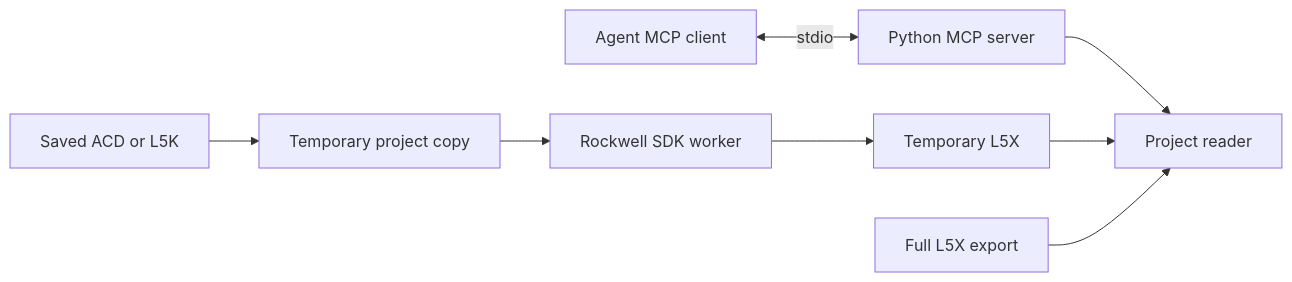
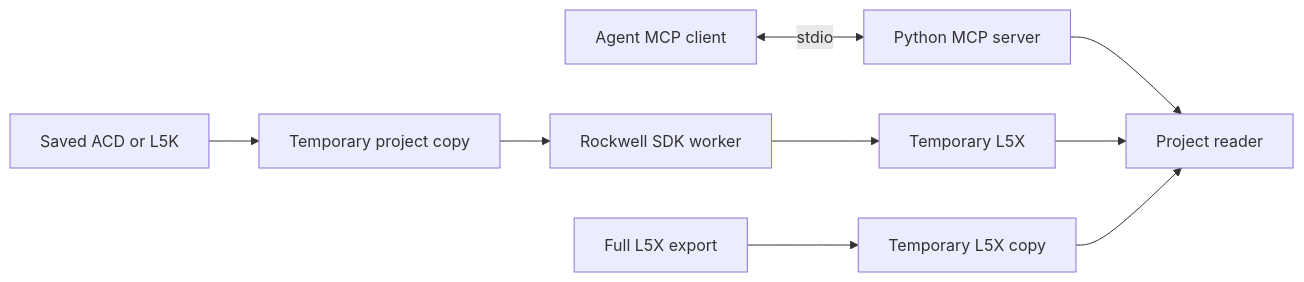
One commit to sergiogallegos/logix-project-mcp changed the diagram in docs/architecture.md. Above: the diagram before and after it, drawn with Mermaid. The commit also changed other lines of this file and 9 other files, not shown here.

````diff
--- a/docs/architecture.md
+++ b/docs/architecture.md
@@ -5,10 +5,11 @@
 ```mermaid
 flowchart LR
     Client[Agent MCP client] <-->|stdio| Server[Python MCP server]
     Server --> Reader[Project reader]
     ACD[Saved ACD or L5K] --> Snapshot[Temporary project copy]
     Snapshot --> SDK[Rockwell SDK worker]
     SDK --> Export[Temporary L5X]
     Export --> Reader
-    L5X[Full L5X export] --> Reader
+    L5X[Full L5X export] --> Copy[Temporary L5X copy]
+    Copy --> Reader
 ```
````
